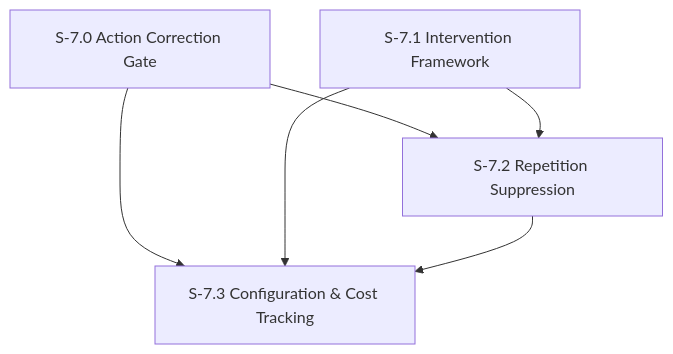
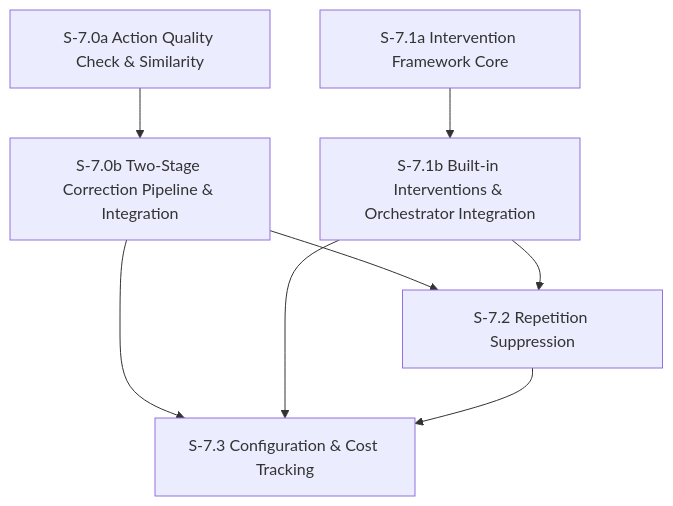
The diagram in spec/plan/milestone-7-persona-drift-correction.md (pedropaulovc/the-office), drawn with Mermaid before and after one commit. The commit also changed other lines of this file and 2 other files, not shown here.

````diff
--- a/spec/plan/milestone-7-persona-drift-correction.md
+++ b/spec/plan/milestone-7-persona-drift-correction.md
@@ -7,8 +7,10 @@
 ```mermaid
 graph TD
-    S70[S-7.0 Action Correction Gate] --> S72[S-7.2 Repetition Suppression]
-    S71[S-7.1 Intervention Framework] --> S72
-    S70 --> S73[S-7.3 Configuration & Cost Tracking]
-    S71 --> S73
+    S70a[S-7.0a Action Quality Check & Similarity] --> S70b[S-7.0b Two-Stage Correction Pipeline & Integration]
+    S71a[S-7.1a Intervention Framework Core] --> S71b[S-7.1b Built-in Interventions & Orchestrator Integration]
+    S70b --> S72[S-7.2 Repetition Suppression]
+    S71b --> S72
+    S70b --> S73[S-7.3 Configuration & Cost Tracking]
+    S71b --> S73
     S72 --> S73
 ```
````
